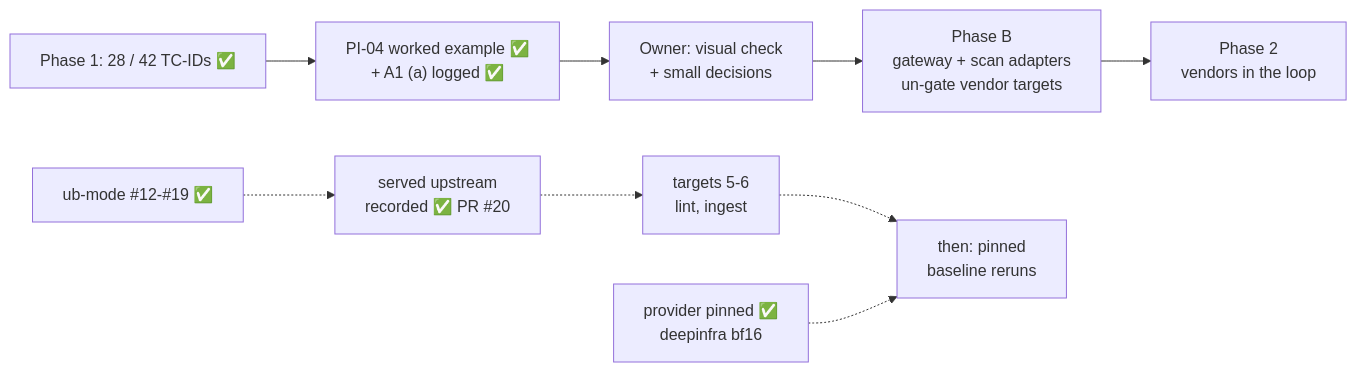
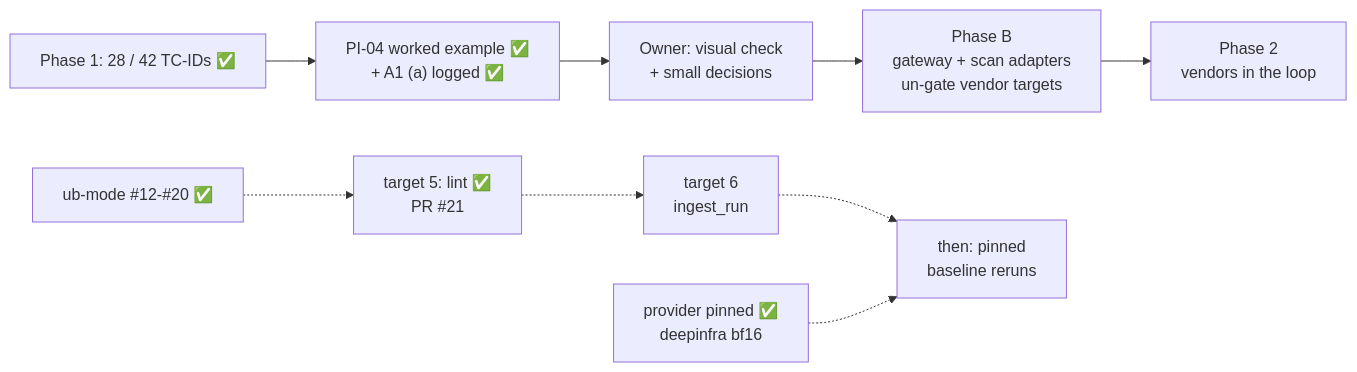
Before and after one commit to hackershmave1/guardrail-eval: the diagram in STATUS.md, drawn with Mermaid. The commit also changed other lines of this file, not shown here.

First line of the commit message:
Status: lint target done (PR #21); ingest_run next

````diff
--- a/STATUS.md
+++ b/STATUS.md
@@ -8,11 +8,11 @@
 ```mermaid
 flowchart LR
     A["Phase 1: 28 / 42 TC-IDs ✅"] --> W["PI-04 worked example ✅<br/>+ A1 (a) logged ✅"]
     W --> C["Owner: visual check<br/>+ small decisions"]
     C --> D["Phase B<br/>gateway + scan adapters<br/>un-gate vendor targets"]
     D --> E["Phase 2<br/>vendors in the loop"]
-    U["ub-mode #12-#19 ✅"] -.-> R["served upstream<br/>recorded ✅ PR #20"]
-    R -.-> N["targets 5-6<br/>lint, ingest"]
+    U["ub-mode #12-#20 ✅"] -.-> L["target 5: lint ✅<br/>PR #21"]
+    L -.-> N["target 6<br/>ingest_run"]
     N -.-> B["then: pinned<br/>baseline reruns"]
     P["provider pinned ✅<br/>deepinfra bf16"] -.-> B
 ```
````
